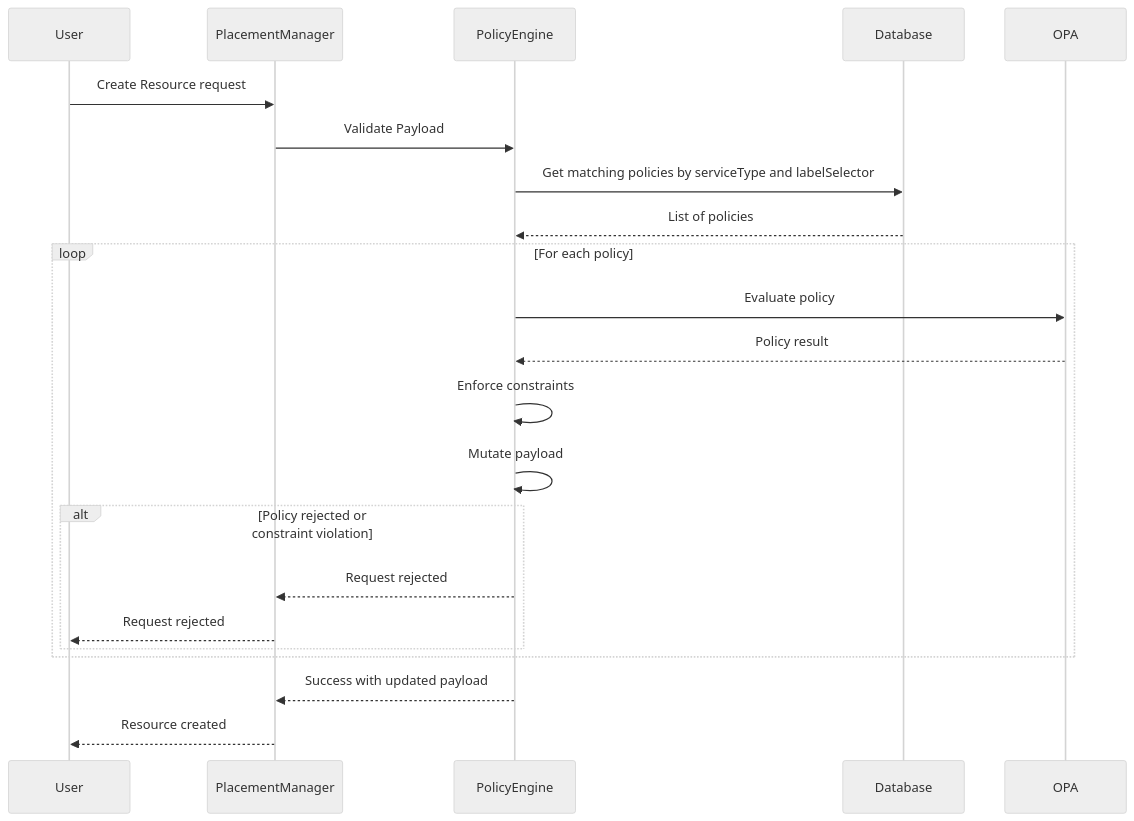
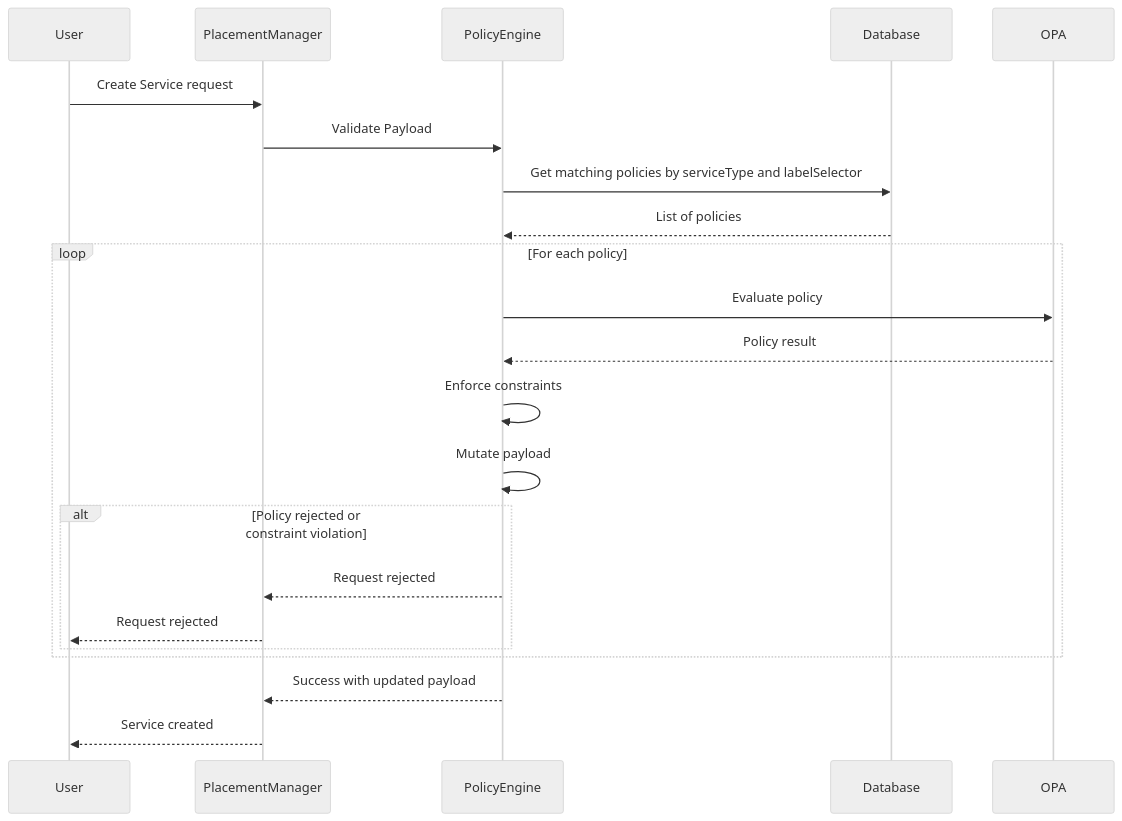
The second of 2 diagrams in enhancements/policy-engine/policy-engine.md (dcm-project/enhancements), drawn with Mermaid (neutral theme) before and after one commit. The commit also changed other lines of this file, not shown here.

Commit message:
Make sure to use Service and not Resource

````diff
--- a/enhancements/policy-engine/policy-engine.md
+++ b/enhancements/policy-engine/policy-engine.md
@@ -225,27 +225,27 @@
 ```mermaid
 sequenceDiagram
     participant User
     participant PlacementManager
     participant PolicyEngine
     participant Database
     participant OPA
 
-    User->>PlacementManager: Create Resource request
+    User->>PlacementManager: Create Service request
     PlacementManager->>PolicyEngine: Validate Payload
     PolicyEngine->>Database: Get matching policies by serviceType and labelSelector
     Database-->>PolicyEngine: List of policies
 
     loop For each policy
         PolicyEngine->>OPA: Evaluate policy
         OPA-->>PolicyEngine: Policy result
         PolicyEngine->>PolicyEngine: Enforce constraints
         PolicyEngine->>PolicyEngine: Mutate payload
         alt Policy rejected or constraint violation
             PolicyEngine-->>PlacementManager: Request rejected
             PlacementManager-->>User: Request rejected
         end
     end
 
     PolicyEngine-->>PlacementManager: Success with updated payload
-    PlacementManager-->>User: Resource created
+    PlacementManager-->>User: Service created
 ```
````
